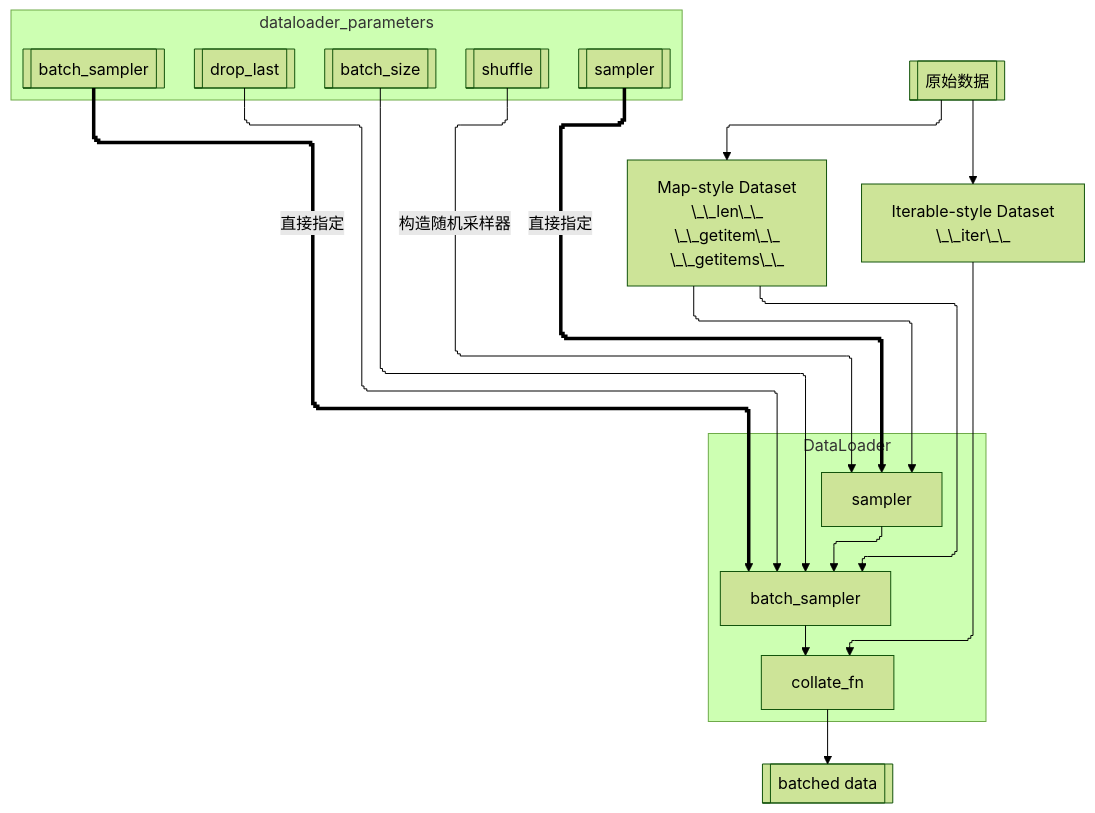
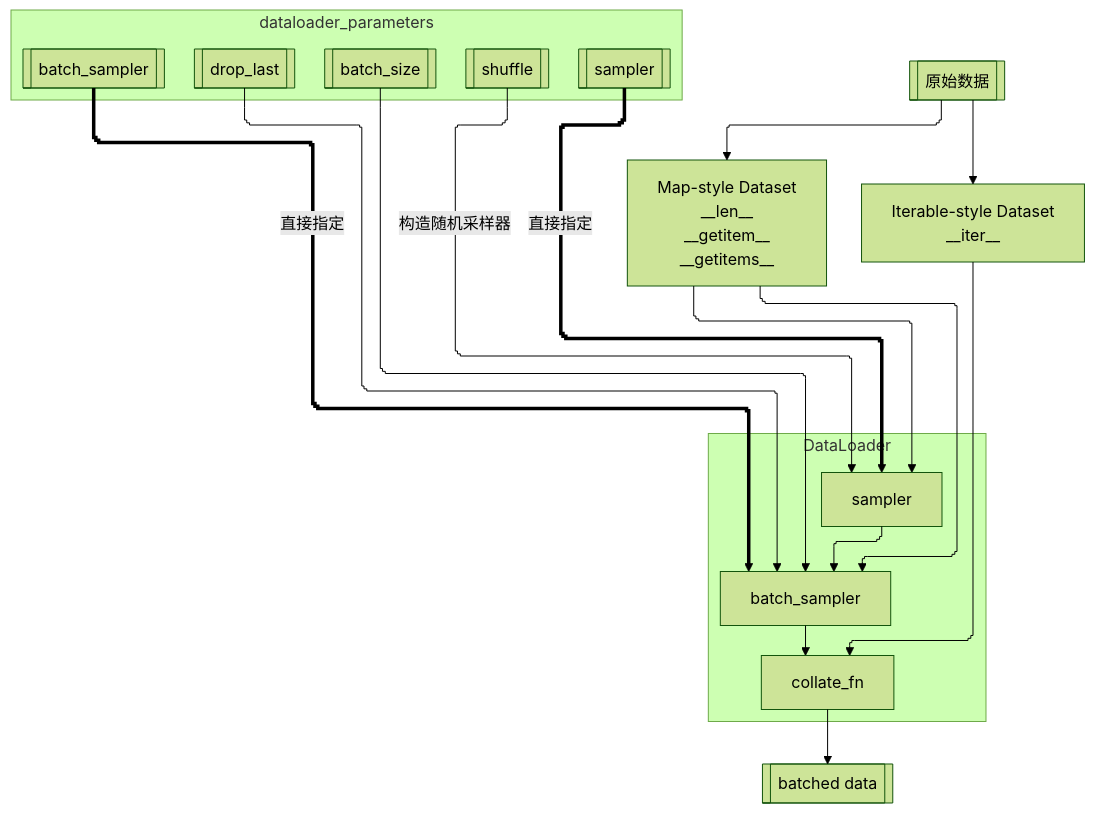
The diagram in content/机器学习/pytorch/torch.utils.data.md (zeroDtree/zeroDtree.github.io), drawn with Mermaid (forest theme) before and after one commit. The commit also changed other lines of this file and 2 other files, not shown here.

Commit message:
Add new documents on machine learning classification and deferred errors in distributed training. The classification document outlines key learning paradigms, while the deferred errors document explains error handling mechanisms in distributed training environments, enhancing resource accessibility for users in machine learning and distributed systems.

````diff
--- a/content/机器学习/pytorch/torch.utils.data.md
+++ b/content/机器学习/pytorch/torch.utils.data.md
@@ -16,50 +16,50 @@
 ```mermaid
 ---
 config:
   layout: elk
   elk:
     lineHops: true
   flowchart:
     curve: stepAfter
 ---
 flowchart TD
 o_data[[原始数据]]
 map_dataset[Map-style Dataset
- \_\_len\_\_
- \_\_getitem\_\_
-\_\_getitems\_\_
+ __len__
+ __getitem__
+__getitems__
 ]
 iter_dataset[Iterable-style Dataset
-\_\_iter\_\_
+__iter__
 ]
 
 subgraph dataloader_parameters
 bs[[batch_size]]
 drop_last[[drop_last]]
 shuffle[[shuffle]]
 sampler1[[sampler]]
 batch_sampler1[[batch_sampler]]
 end
 
 o_data --> map_dataset
 o_data --> iter_dataset
 sampler1 ==>|直接指定| sampler
 batch_sampler1 ==>|直接指定| batch_sampler
 bs --> batch_sampler
 drop_last --> batch_sampler
 shuffle -->| 构造随机采样器|sampler
 map_dataset --> sampler
 map_dataset --> batch_sampler
 
 iter_dataset --> collate_fn
 
 subgraph DataLoader
 sampler
 batch_sampler
 collate_fn
 sampler --> batch_sampler
 batch_sampler --> collate_fn
 end
 
 collate_fn --> batched_data[[batched data]]
 ```
````
